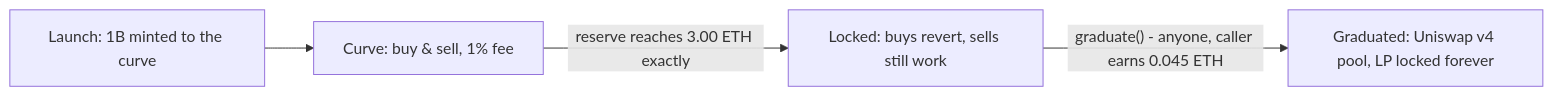
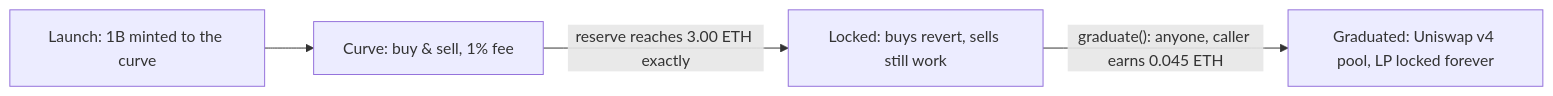
The diagram in app/Docs/_content/startpad.md (Story91/mysphere), drawn with Mermaid before and after one commit. The commit also changed other lines of this file and 16 other files, not shown here.

````diff
--- a/app/Docs/_content/startpad.md
+++ b/app/Docs/_content/startpad.md
@@ -24,6 +37,6 @@
 ```mermaid
 flowchart LR
     A["Launch: 1B minted to the curve"] --> B["Curve: buy & sell, 1% fee"]
     B -->|"reserve reaches 3.00 ETH exactly"| C["Locked: buys revert, sells still work"]
-    C -->|"graduate() - anyone, caller earns 0.045 ETH"| D["Graduated: Uniswap v4 pool, LP locked forever"]
+    C -->|"graduate(): anyone, caller earns 0.045 ETH"| D["Graduated: Uniswap v4 pool, LP locked forever"]
 ```
````
